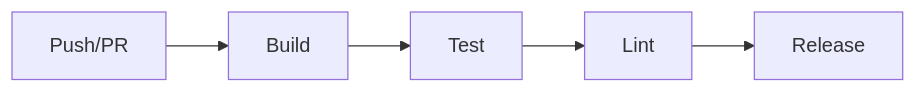
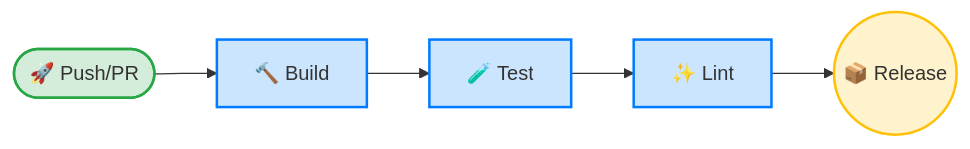
Before and after one commit to medicalopenworld/IncuNest-Docs: the diagram in docs/docs/software/development/ci-cd.md, drawn with Mermaid. The commit also changed 11 other files, not shown here.

Commit message:
Update Spanish documentation diagrams to beautiful mermaid style

````diff
--- a/docs/docs/software/development/ci-cd.md
+++ b/docs/docs/software/development/ci-cd.md
@@ -21,7 +21,15 @@
 ```mermaid
 graph LR
-    PUSH[Push/PR] --> BUILD[Build]
-    BUILD --> TEST[Test]
-    TEST --> LINT[Lint]
-    LINT --> RELEASE[Release]
+    PUSH([🚀 Push/PR]) --> BUILD[🔨 Build]
+    BUILD --> TEST[🧪 Test]
+    TEST --> LINT[✨ Lint]
+    LINT --> RELEASE((📦 Release))
+    
+    classDef trigger fill:#d4edda,stroke:#28a745,stroke-width:2px
+    classDef process fill:#cce5ff,stroke:#007bff,stroke-width:2px
+    classDef output fill:#fff3cd,stroke:#ffc107,stroke-width:2px
+    
+    class PUSH trigger
+    class BUILD,TEST,LINT process
+    class RELEASE output
 ```
````
